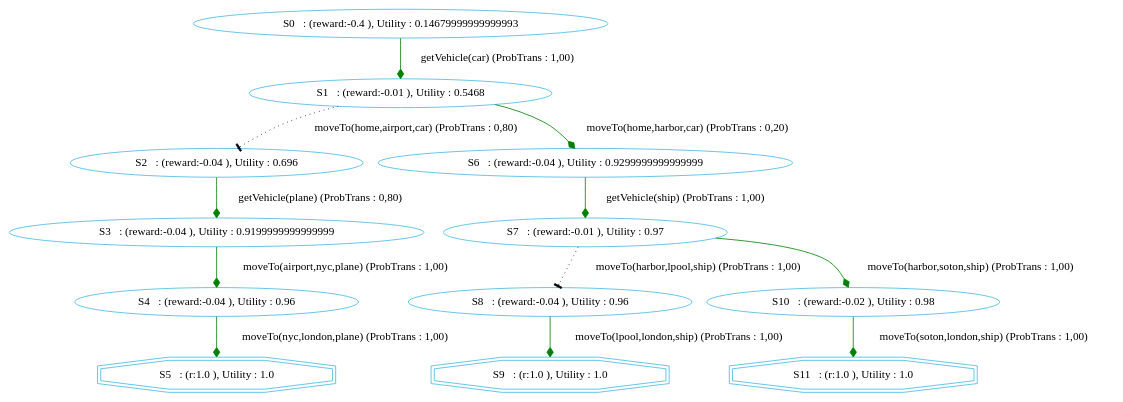
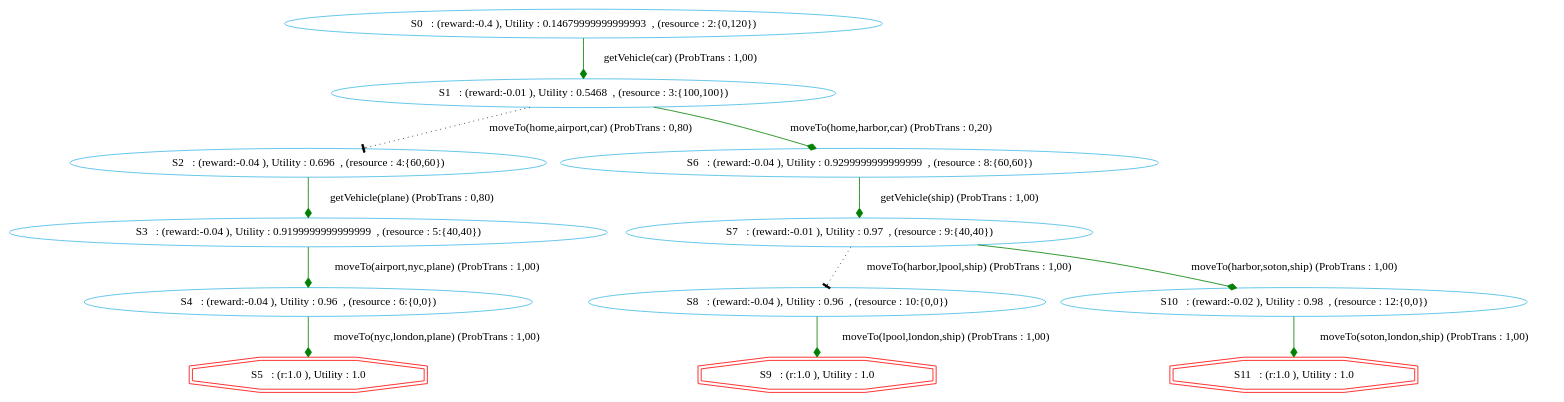
One commit to htiraHatem/CHIMP_MDP changed the diagram in chimp/src/main/java/examples/MDP/gotolondon/gotolondonGraphVICHIMP.dot. Above: the diagram before and after it, drawn with Graphviz. The commit also changed 8 other files, not shown here.

```diff
--- a/chimp/src/main/java/examples/MDP/gotolondon/gotolondonGraphVICHIMP.dot
+++ b/chimp/src/main/java/examples/MDP/gotolondon/gotolondonGraphVICHIMP.dot
@@ -1,27 +1,18 @@
 digraph {
   node [color="#40b9e5" ]
  size="60,17";
-"5" [label=" S5   : (r:1.0 ), Utility : 1.0 " shape=doubleoctagon];
-"9" [label=" S9   : (r:1.0 ), Utility : 1.0 " shape=doubleoctagon];
-"11" [label=" S11   : (r:1.0 ), Utility : 1.0 " shape=doubleoctagon];
-"0" [label=" S0   : (reward:-0.4 ), Utility : 0.14679999999999993 "];
-"1" [label=" S1   : (reward:-0.01 ), Utility : 0.5468 "];
-"2" [label=" S2   : (reward:-0.04 ), Utility : 0.696 "];
-"3" [label=" S3   : (reward:-0.04 ), Utility : 0.9199999999999999 "];
-"4" [label=" S4   : (reward:-0.04 ), Utility : 0.96 "];
-"6" [label=" S6   : (reward:-0.04 ), Utility : 0.9299999999999999 "];
-"7" [label=" S7   : (reward:-0.01 ), Utility : 0.97 "];
-"8" [label=" S8   : (reward:-0.04 ), Utility : 0.96 "];
-"10" [label=" S10   : (reward:-0.02 ), Utility : 0.98 "];
-"0" -> "1" [ label="getVehicle(car) (ProbTrans : 1,00)"
+"5" [label=" S5   : (r:1.0 ), Utility : 1.0 " color = red ,  shape=doubleoctagon]
+"9" [label=" S9   : (r:1.0 ), Utility : 1.0 " color = red ,  shape=doubleoctagon]
+"11" [label=" S11   : (r:1.0 ), Utility : 1.0 " color = red ,  shape=doubleoctagon]
+"0" [label=" S0   : (reward:-0.4 ), Utility : 0.14679999999999993  , (resource : 2:{0,120}) "]"1" [label=" S1   : (reward:-0.01 ), Utility : 0.5468  , (resource : 3:{100,100}) "]"2" [label=" S2   : (reward:-0.04 ), Utility : 0.696  , (resource : 4:{60,60}) "]"3" [label=" S3   : (reward:-0.04 ), Utility : 0.9199999999999999  , (resource : 5:{40,40}) "]"4" [label=" S4   : (reward:-0.04 ), Utility : 0.96  , (resource : 6:{0,0}) "]"6" [label=" S6   : (reward:-0.04 ), Utility : 0.9299999999999999  , (resource : 8:{60,60}) "]"7" [label=" S7   : (reward:-0.01 ), Utility : 0.97  , (resource : 9:{40,40}) "]"8" [label=" S8   : (reward:-0.04 ), Utility : 0.96  , (resource : 10:{0,0}) "]"10" [label=" S10   : (reward:-0.02 ), Utility : 0.98  , (resource : 12:{0,0}) "]"0" -> "1" [ label="getVehicle(car) (ProbTrans : 1,00)"
 , arrowhead = diamond , color=green];"1" -> "2" [ label="moveTo(home,airport,car) (ProbTrans : 0,80)"
 ,style=dotted, arrowhead=tee];"1" -> "6" [ label="moveTo(home,harbor,car) (ProbTrans : 0,20)"
 , arrowhead = diamond , color=green];"2" -> "3" [ label="getVehicle(plane) (ProbTrans : 0,80)"
 , arrowhead = diamond , color=green];"3" -> "4" [ label="moveTo(airport,nyc,plane) (ProbTrans : 1,00)"
 , arrowhead = diamond , color=green];"4" -> "5" [ label="moveTo(nyc,london,plane) (ProbTrans : 1,00)"
 , arrowhead = diamond , color=green];"6" -> "7" [ label="getVehicle(ship) (ProbTrans : 1,00)"
 , arrowhead = diamond , color=green];"7" -> "8" [ label="moveTo(harbor,lpool,ship) (ProbTrans : 1,00)"
 ,style=dotted, arrowhead=tee];"7" -> "10" [ label="moveTo(harbor,soton,ship) (ProbTrans : 1,00)"
 , arrowhead = diamond , color=green];"8" -> "9" [ label="moveTo(lpool,london,ship) (ProbTrans : 1,00)"
 , arrowhead = diamond , color=green];"10" -> "11" [ label="moveTo(soton,london,ship) (ProbTrans : 1,00)"
 , arrowhead = diamond , color=green];}
```
